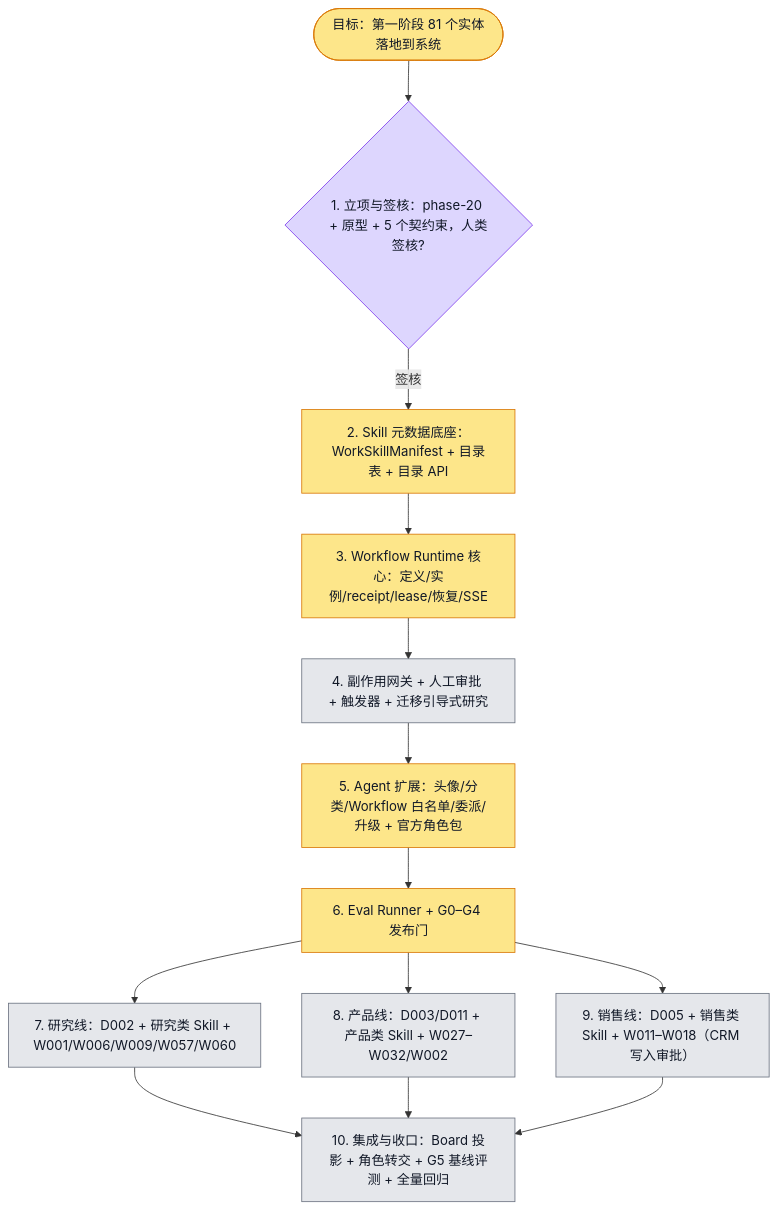
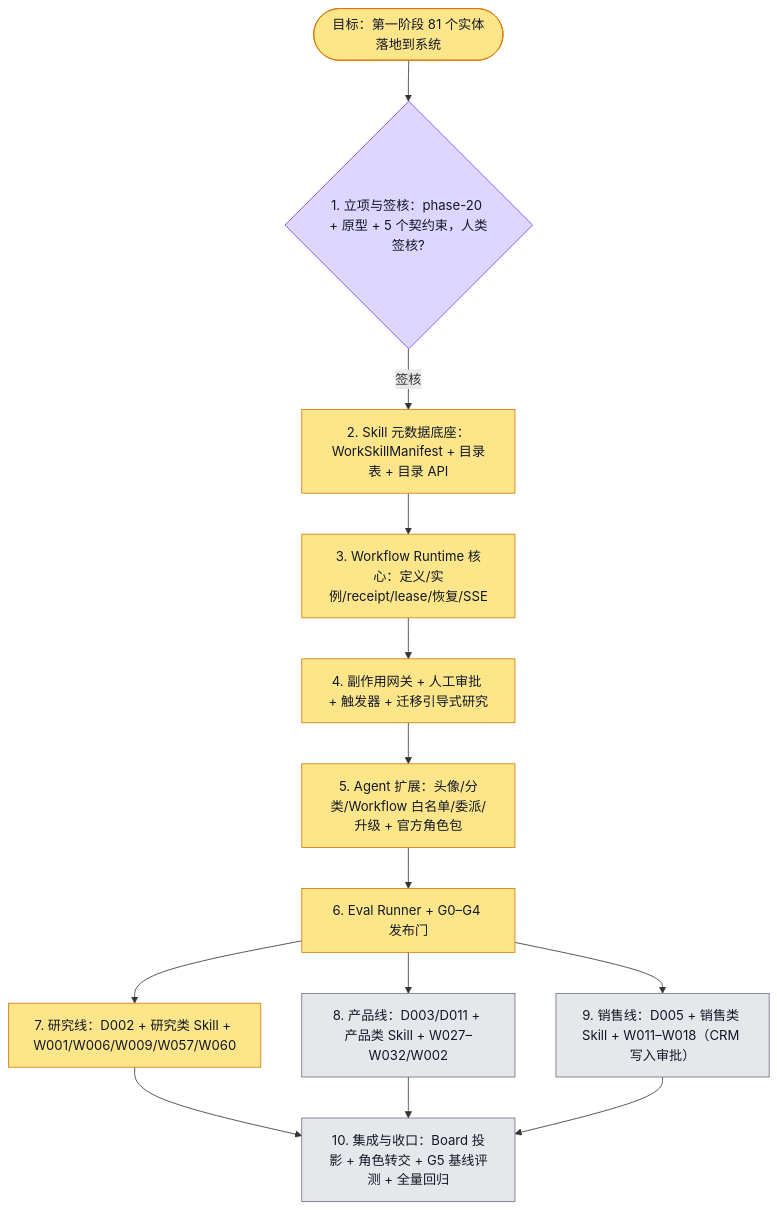
One commit to boardx/workspacex changed the diagram in docs/proposals/WORK-STACK-PHASE1-IMPL.plan.md. Above: the diagram before and after it, drawn with Mermaid. The commit also changed other lines of this file and 2 other files, not shown here.

Commit message:
docs(plan): parallel backlog dependency diagram + iteration progress
Claude-Session: https://claude.ai/code/session_01AktcNKdGsxfAT96ihaeZsq

````diff
--- a/docs/proposals/WORK-STACK-PHASE1-IMPL.plan.md
+++ b/docs/proposals/WORK-STACK-PHASE1-IMPL.plan.md
@@ -16,38 +16,38 @@
 ```mermaid
 flowchart TD
   G([目标：第一阶段 81 个实体落地到系统])
   I1{1. 立项与签核：phase-20 + 原型 + 5 个契约束，人类签核?}
   I2[2. Skill 元数据底座：WorkSkillManifest + 目录表 + 目录 API]
   I3[3. Workflow Runtime 核心：定义/实例/receipt/lease/恢复/SSE]
   I4[4. 副作用网关 + 人工审批 + 触发器 + 迁移引导式研究]
   I5[5. Agent 扩展：头像/分类/Workflow 白名单/委派/升级 + 官方角色包]
   I6[6. Eval Runner + G0–G4 发布门]
   I7[7. 研究线：D002 + 研究类 Skill + W001/W006/W009/W057/W060]
   I8[8. 产品线：D003/D011 + 产品类 Skill + W027–W032/W002]
   I9[9. 销售线：D005 + 销售类 Skill + W011–W018（CRM 写入审批）]
   I10[10. 集成与收口：Board 投影 + 角色转交 + G5 基线评测 + 全量回归]
 
   G --> I1 -- 签核 --> I2 --> I3 --> I4 --> I5 --> I6
   I6 --> I7 --> I10
   I6 --> I8 --> I10
   I6 --> I9 --> I10
 
   classDef todo fill:#e5e7eb,stroke:#6b7280,color:#111827
   classDef doing fill:#fde68a,stroke:#d97706,color:#111827
   classDef done fill:#bbf7d0,stroke:#16a34a,color:#111827
   classDef tested fill:#ddd6fe,stroke:#7c3aed,color:#111827
   classDef blocked fill:#fecaca,stroke:#dc2626,color:#111827
 
   class G doing
   class I1 tested
   %% evidence I1: validate-fl/lint 全绿；人类在 GitHub 签核 5 束 + 一致性复核；harness doctor --phase 20 = 0 FAIL
   class I2 doing
   class I3 doing
-  class I4 todo
+  class I4 doing
   class I5 doing
   class I6 doing
-  class I7 todo
+  class I7 doing
   class I8 todo
   class I9 todo
   class I10 todo
 ```
````
